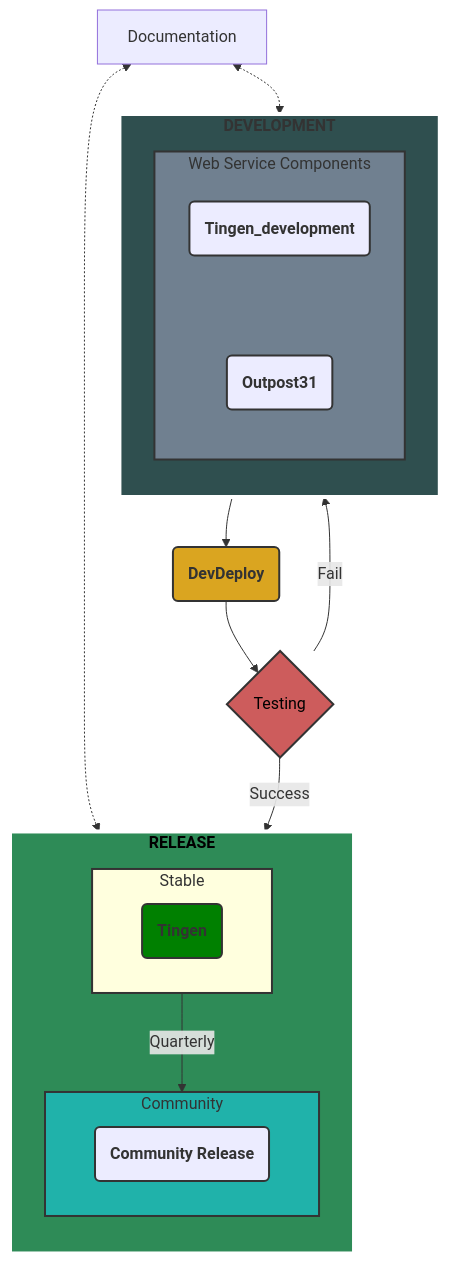
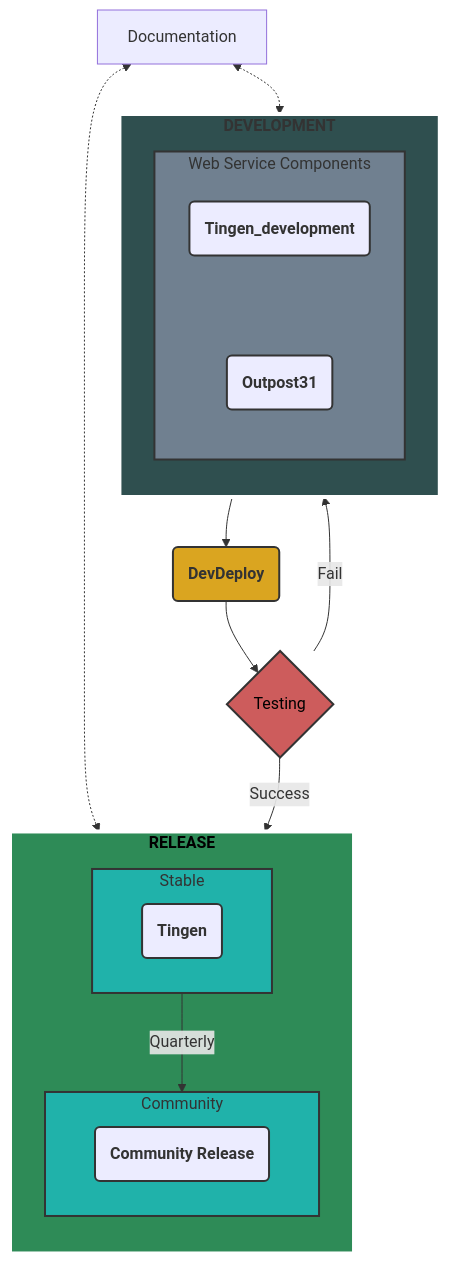
Before and after one commit to spectrum-health-systems/Tingen: the diagram in README.md, drawn with Mermaid.

````diff
--- a/README.md
+++ b/README.md
@@ -46,44 +46,44 @@
 ```mermaid
 flowchart TB
   Documentation <-.-> Development
   Documentation <-.-> Release
   subgraph Development["`**DEVELOPMENT**`"]
     direction TB
       subgraph WebServiceComponents["Web Service Components"]
         direction TB
         TingenDevelopment("`**Tingen_development**`") ~~~ Outpost31("`**Outpost31**`") 
       end     
   end
     Development --> DevDeploy("`**DevDeploy**`") --> Testing{"Testing"}
     Testing -- Fail --> Development
     Testing -- Success --> Release
   subgraph Release["`**RELEASE**`"]
     direction TB
       subgraph Stable["Stable"]
         Tingen("`**Tingen**`")
       end
       subgraph Community["Community"]
         CommunityRelease("`**Community Release**`")
       end   
   end
   Stable -- Quarterly --> Community
 
   style Development fill:darkslategrey,stroke:#FFFFFF,stroke-width:4px
   style WebServiceComponents fill:slategrey,stroke:#333,stroke-width:2px
   style TingenDevelopment fill:000000,stroke:#333,stroke-width:2px
   style Outpost31 fill:000000,stroke:#333,stroke-width:2px
   style DevDeploy fill:goldenrod,stroke:#333,stroke-width:2px        
   style Testing fill:indianred,stroke:#333,stroke-width:2px,color:#000000 
   style Release fill:seagreen,stroke:#FFFFFF,stroke-width:4px,color:black
-  style Stable fill:000000,stroke:#333,stroke-width:2px
-  style Tingen fill:green,stroke:#333,stroke-width:2px
+  style Stable fill:lightseagreen,stroke:#333,stroke-width:2px
+  style Tingen fill:000000,stroke:#333,stroke-width:2px
   style Community fill:lightseagreen,stroke:#333,stroke-width:2px
   style CommunityRelease fill:000000,stroke:#333,stroke-width:2px
 
   click TingenDocumentation "https://github.com/spectrum-health-systems/Tingen-Documentation"
   click TingenDevelopment "https://github.com/spectrum-health-systems/Tingen_development"
   click Outpost31 "https://github.com/spectrum-health-systems/Outpost31"
   click DevDeploy "https://github.com/spectrum-health-systems/Tingen-DevDeploy"
   click Tingen "https://github.com/spectrum-health-systems/Tingen"
   click CommunityRelease "https://github.com/spectrum-health-systems/Tingen-CommunityRelease"
 ```
````
